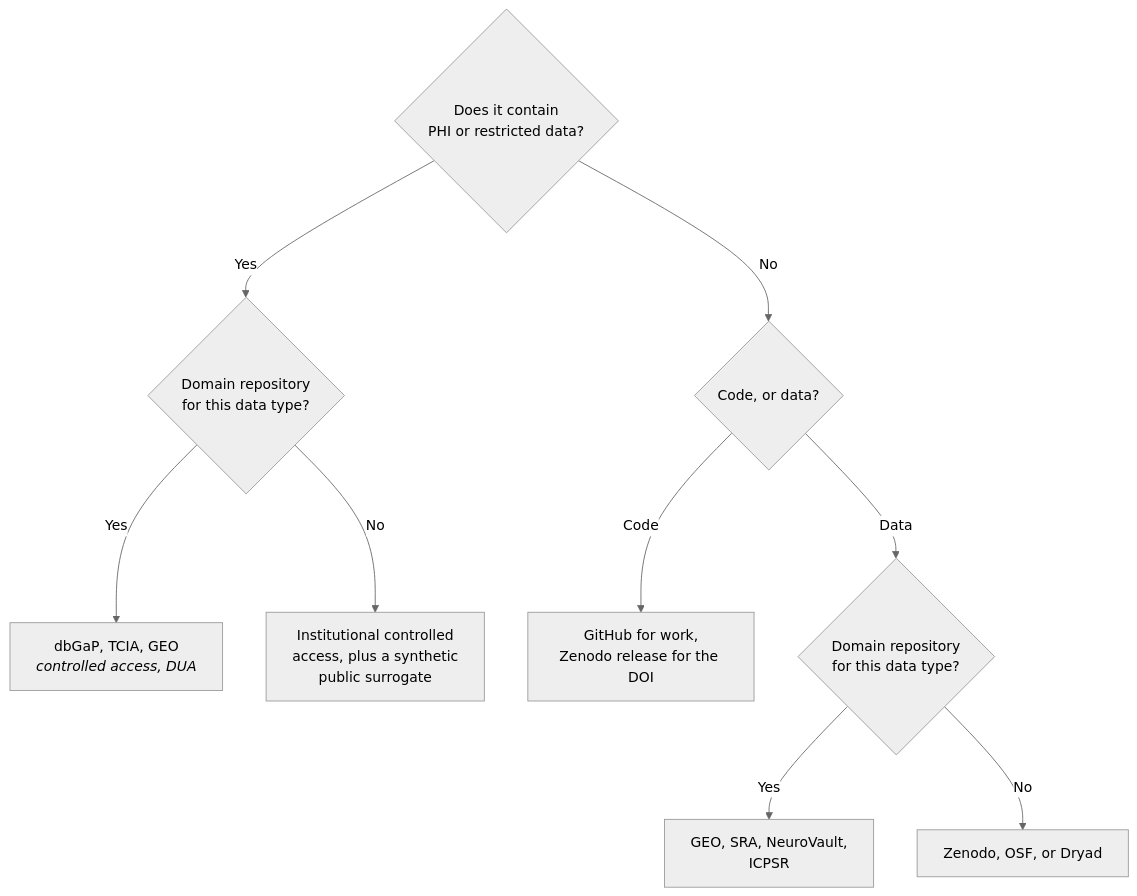
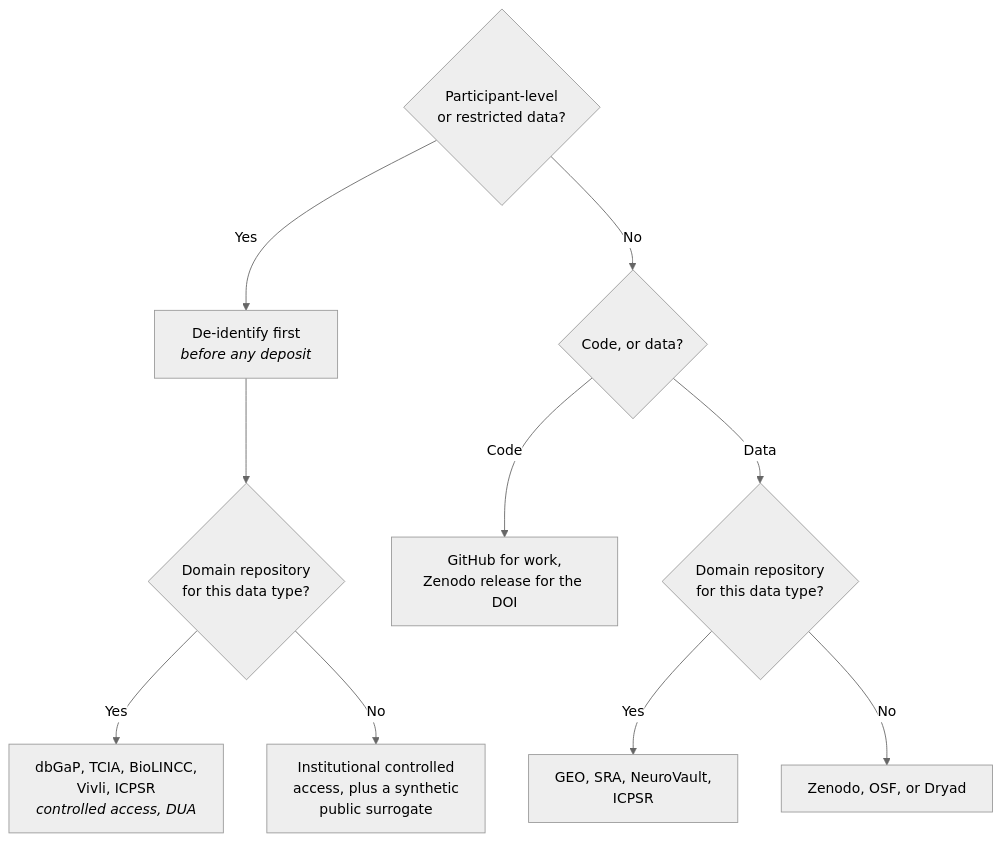
The diagram in analysis/report/25c-federal.qmd (rgt47/practicum), drawn with Mermaid (neutral theme) before and after one commit. The commit also changed other lines of this file and 77 other files, not shown here.

````diff
--- a/analysis/report/25c-federal.qmd
+++ b/analysis/report/25c-federal.qmd
@@ -221,29 +237,33 @@
 ```{mermaid}
 %%| echo: false
 %%| label: fig-repo-choice
 %%| fig-alt: "Decision flowchart for choosing a deposition target.
-%%|   The first question asks whether the artifact contains PHI or
-%%|   restricted data. If yes, a domain repository such as dbGaP,
-%%|   TCIA or GEO is used where one exists, otherwise institutional
-%%|   controlled access plus a synthetic public surrogate. If no, a
+%%|   The first question asks whether the artifact contains
+%%|   participant-level or restricted data. If yes, the data are
+%%|   de-identified first, then deposited under controlled access
+%%|   in a domain repository such as dbGaP, TCIA, BioLINCC, Vivli or
+%%|   ICPSR where one fits, otherwise in institutional controlled
+%%|   access plus a synthetic public surrogate. If no, a
 %%|   second question separates code from data: code goes to GitHub
 %%|   with a Zenodo release for the DOI, while data goes to a domain
 %%|   repository such as GEO, SRA, NeuroVault or ICPSR where one
 %%|   exists, otherwise Zenodo, OSF or Dryad."
 %%| fig-cap: "Choosing a deposition target. The first question is
-%%|   whether the artifact carries protected information; the second
+%%|   whether the artifact carries participant-level or restricted
+%%|   data, which are de-identified before any deposit; the second
 %%|   is whether a repository specific to the data type exists. A
 %%|   general-purpose repository is the right answer for code and
 %%|   supplementary tables and the wrong answer for primary
 %%|   genomic or imaging data."
 flowchart TD
-  A{"Does it contain<br/>PHI or restricted data?"}
-  A -->|"Yes"| B{"Domain repository<br/>for this data type?"}
+  A{"Participant-level<br/>or restricted data?"}
+  A -->|"Yes"| X["De-identify first<br/><i>before any deposit</i>"]
+  X --> B{"Domain repository<br/>for this data type?"}
   A -->|"No"| C{"Code, or data?"}
-  B -->|"Yes"| D["dbGaP, TCIA, GEO<br/><i>controlled access, DUA</i>"]
+  B -->|"Yes"| D["dbGaP, TCIA, BioLINCC,<br/>Vivli, ICPSR<br/><i>controlled access, DUA</i>"]
   B -->|"No"| E["Institutional controlled<br/>access, plus a synthetic<br/>public surrogate"]
   C -->|"Code"| F["GitHub for work,<br/>Zenodo release for the DOI"]
   C -->|"Data"| G{"Domain repository<br/>for this data type?"}
   G -->|"Yes"| H["GEO, SRA, NeuroVault,<br/>ICPSR"]
   G -->|"No"| I["Zenodo, OSF, or Dryad"]
 ```
````
